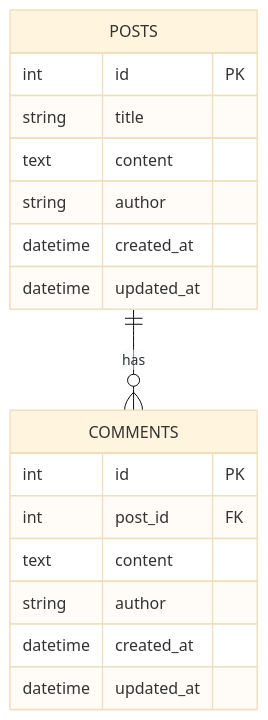
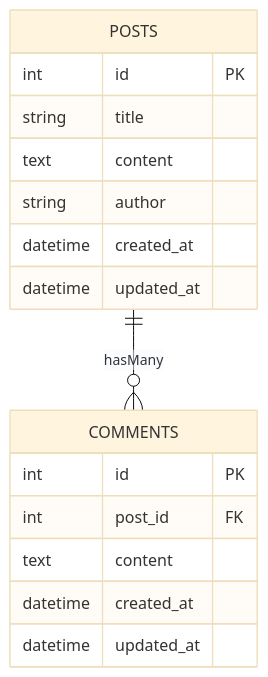
One commit to jonghyun-cheong/fastview-pre-employment-assignment changed the second of 2 diagrams in README.md. Above: the diagram before and after it, drawn with Mermaid (base theme). The commit also changed other lines of this file and 2 other files, not shown here.

````diff
--- a/README.md
+++ b/README.md
@@ -36,22 +36,21 @@
 ```mermaid
 erDiagram
     POSTS {
         int id PK
         string title
         text content
         string author
         datetime created_at
         datetime updated_at
     }
 
     COMMENTS {
         int id PK
         int post_id FK
         text content
-        string author
         datetime created_at
         datetime updated_at
     }
 
-    POSTS ||--o{ COMMENTS : has
+    POSTS ||--o{ COMMENTS : hasMany
 ```
````
